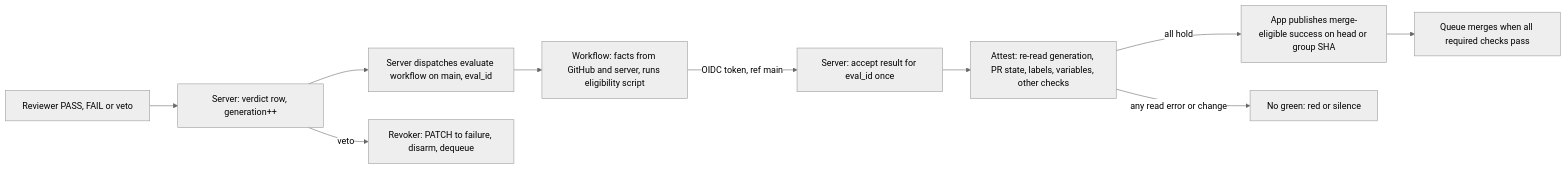
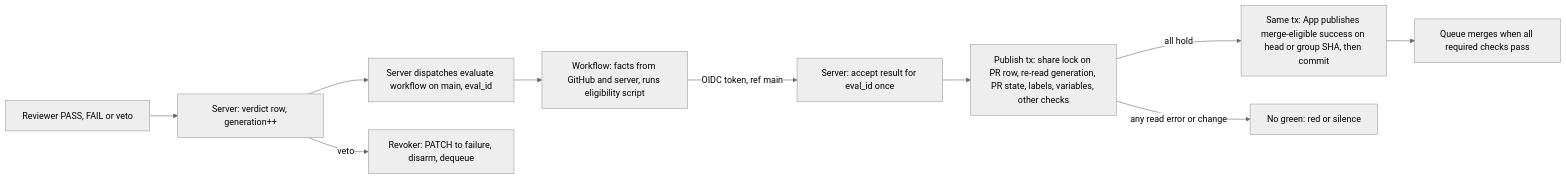
One commit to cheese-work/multica changed the diagram in docs/plans/CHE-5314-review-pass-auto-merge.md. Above: the diagram before and after it, drawn with Mermaid (neutral theme). The commit also changed other lines of this file, not shown here.

Commit message:
docs(plans): CHE-5314 prevent veto between attestation read and green POST with a publish lock

````diff
--- a/docs/plans/CHE-5314-review-pass-auto-merge.md
+++ b/docs/plans/CHE-5314-review-pass-auto-merge.md
@@ -39,12 +39,12 @@
 ```mermaid
 flowchart LR
   V[Reviewer PASS, FAIL or veto] --> S[Server: verdict row, generation++]
   S --> D[Server dispatches evaluate workflow on main, eval_id]
   D --> W[Workflow: facts from GitHub and server, runs eligibility script]
   W -->|OIDC token, ref main| R[Server: accept result for eval_id once]
-  R --> A[Attest: re-read generation, PR state, labels, variables, other checks]
-  A -->|all hold| G[App publishes merge-eligible success on head or group SHA]
+  R --> A[Publish tx: share lock on PR row, re-read generation, PR state, labels, variables, other checks]
+  A -->|all hold| G[Same tx: App publishes merge-eligible success on head or group SHA, then commit]
   A -->|any read error or change| X[No green: red or silence]
   G --> Q[Queue merges when all required checks pass]
   S -->|veto| RV[Revoker: PATCH to failure, disarm, dequeue]
 ```
````
